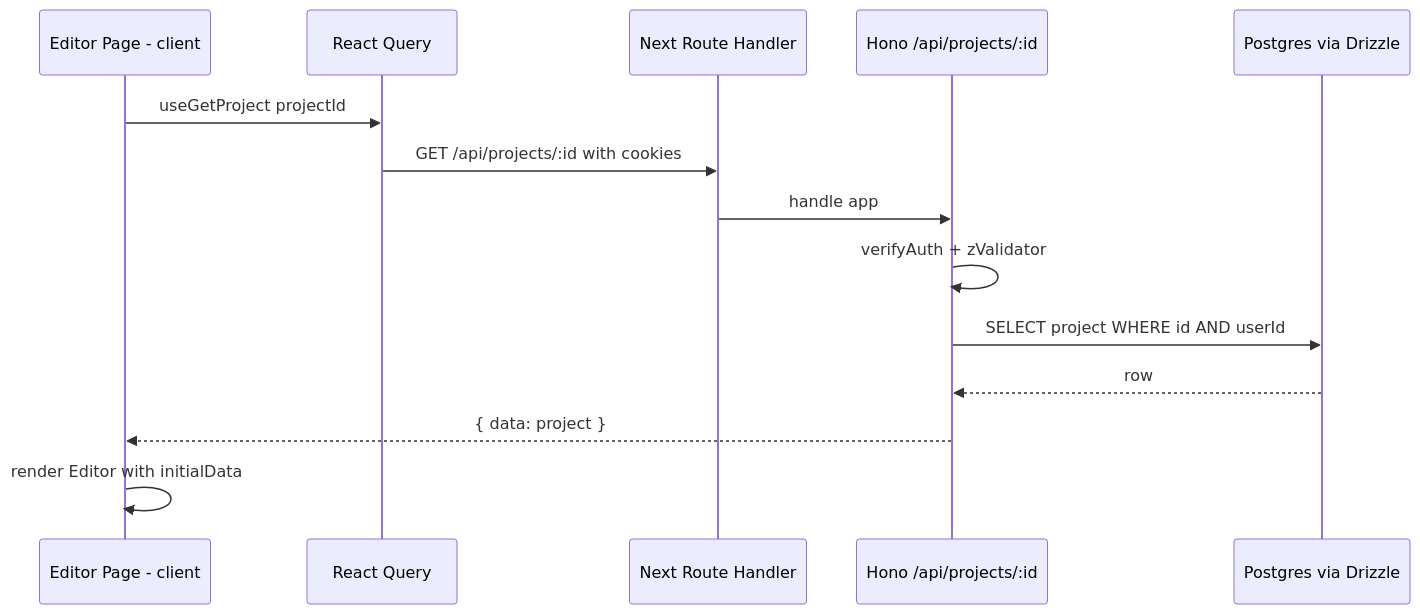
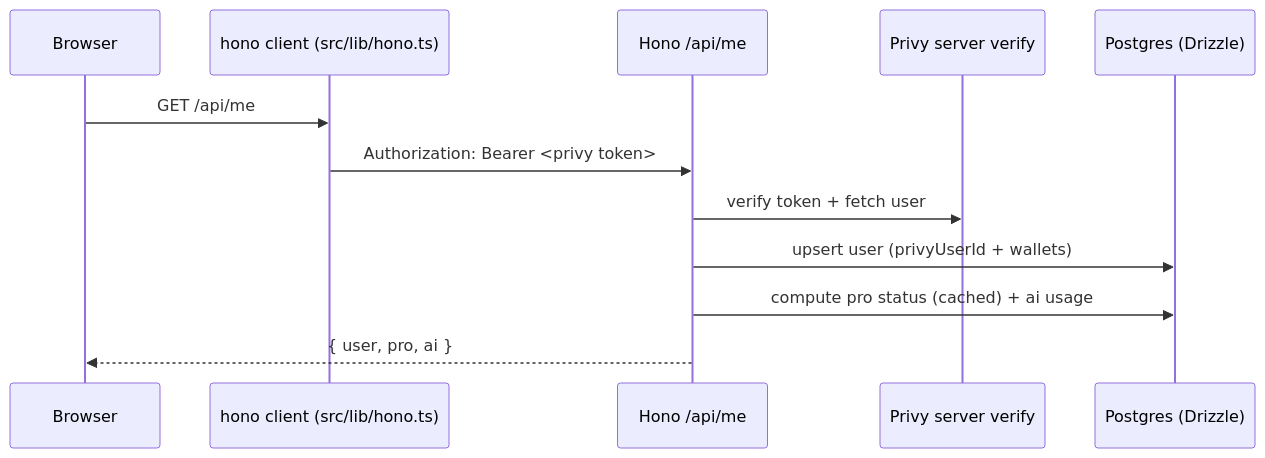
The second of 4 diagrams in docs/foundamental.md (kevinsslin/pigcasso-canva), drawn with Mermaid before and after one commit. The commit also changed other lines of this file and 5 other files, not shown here.

````diff
--- a/docs/foundamental.md
+++ b/docs/foundamental.md
@@ -115,17 +86,15 @@
 ```mermaid
 sequenceDiagram
-  participant UI as Editor Page - client
-  participant RQ as React Query
-  participant NX as Next Route Handler
-  participant HN as Hono /api/projects/:id
-  participant DB as Postgres via Drizzle
+  participant UI as Browser
+  participant HC as hono client (src/lib/hono.ts)
+  participant API as Hono /api/me
+  participant Privy as Privy server verify
+  participant DB as Postgres (Drizzle)
 
-  UI->>RQ: useGetProject projectId
-  RQ->>NX: GET /api/projects/:id with cookies
-  NX->>HN: handle app
-  HN->>HN: verifyAuth + zValidator
-  HN->>DB: SELECT project WHERE id AND userId
-  DB-->>HN: row
-  HN-->>UI: { data: project }
-  UI->>UI: render Editor with initialData
+  UI->>HC: GET /api/me
+  HC->>API: Authorization: Bearer <privy token>
+  API->>Privy: verify token + fetch user
+  API->>DB: upsert user (privyUserId + wallets)
+  API->>DB: compute pro status (cached) + ai usage
+  API-->>UI: { user, pro, ai }
 ```
````
